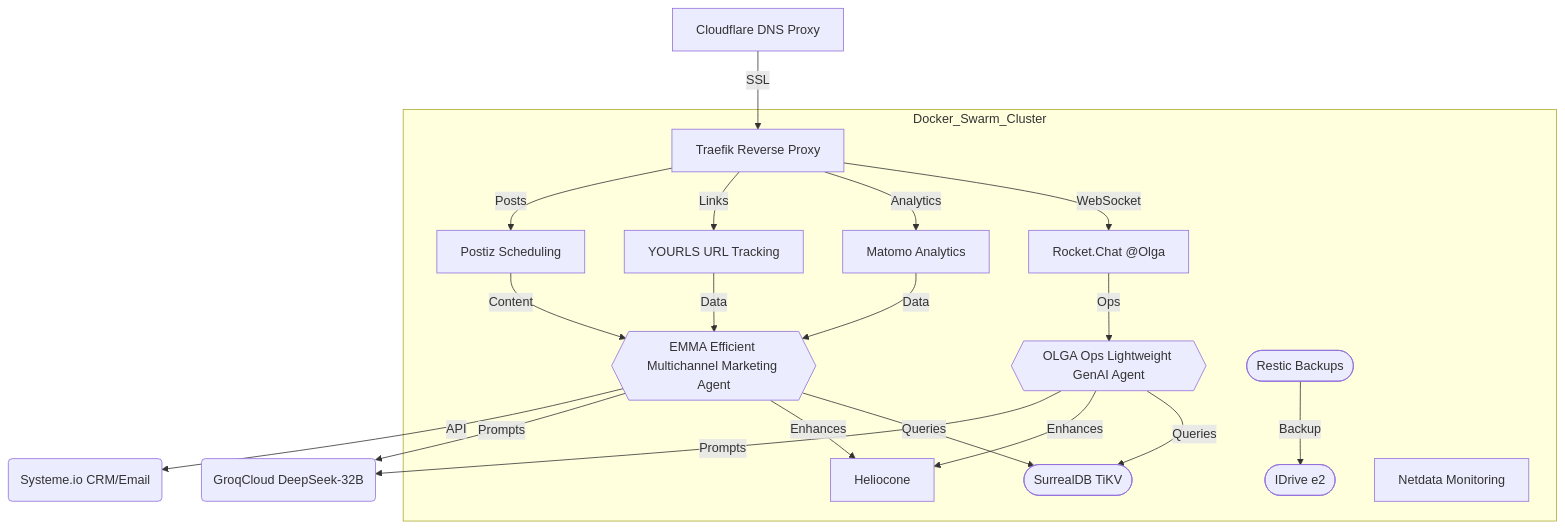
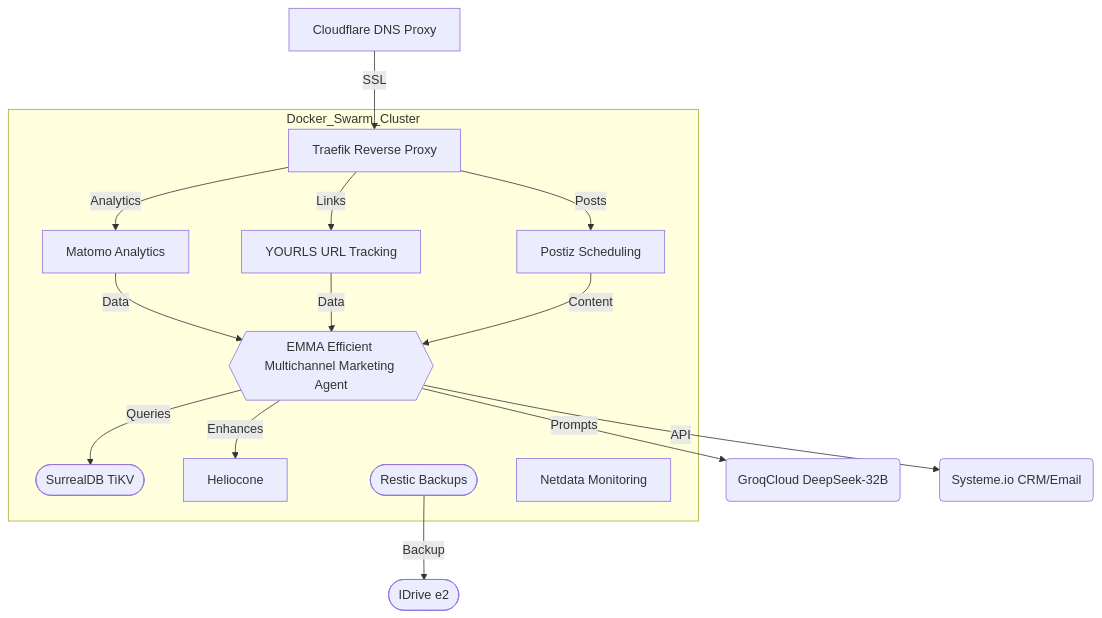
The third of 4 diagrams in projects/bnb/v6-b.md (deepbrainspace/deepbrain-stack), drawn with Mermaid before and after one commit. The commit also changed other lines of this file, not shown here.

````diff
--- a/projects/bnb/v6-b.md
+++ b/projects/bnb/v6-b.md
@@ -69,23 +70,19 @@
 ```mermaid
 flowchart TD
     U[Cloudflare DNS Proxy] -->|SSL| E[Traefik Reverse Proxy]
     subgraph Docker_Swarm_Cluster
-        E -->|WebSocket| A[Rocket.Chat @Olga]
-        A -->|Ops| B{{OLGA Ops Lightweight GenAI Agent}}
-        B -->|Queries| C([SurrealDB TiKV])
         E -->|Analytics| G[Matomo Analytics]
         E -->|Links| I[YOURLS URL Tracking]
         E -->|Posts| J[Postiz Scheduling]
         G -->|Data| H{{EMMA Efficient Multichannel Marketing Agent}}
         I -->|Data| H
         J -->|Content| H
-        H -->|Queries| C
-        B -->|Enhances| F[Heliocone]
-        H -->|Enhances| F
-        R([Restic Backups]) -->|Backup| K([IDrive e2])
+        H -->|Queries| C([SurrealDB TiKV])
+        H -->|Enhances| F[Heliocone]
+        R([Restic Backups])
         S[Netdata Monitoring]
     end
-    B -->|Prompts| T(GroqCloud DeepSeek-32B)
-    H -->|Prompts| T
+    R -->|Backup| K([IDrive e2])
+    H -->|Prompts| T(GroqCloud DeepSeek-32B)
     H -->|API| V(Systeme.io CRM/Email)
 ```
````
